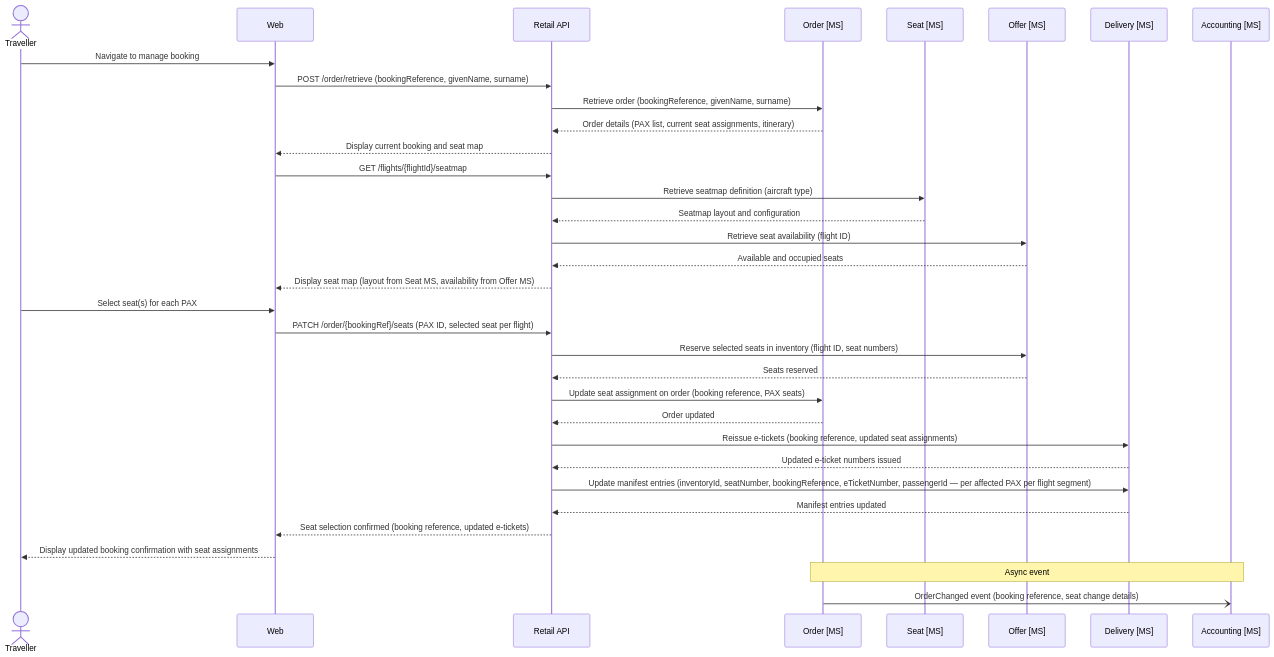
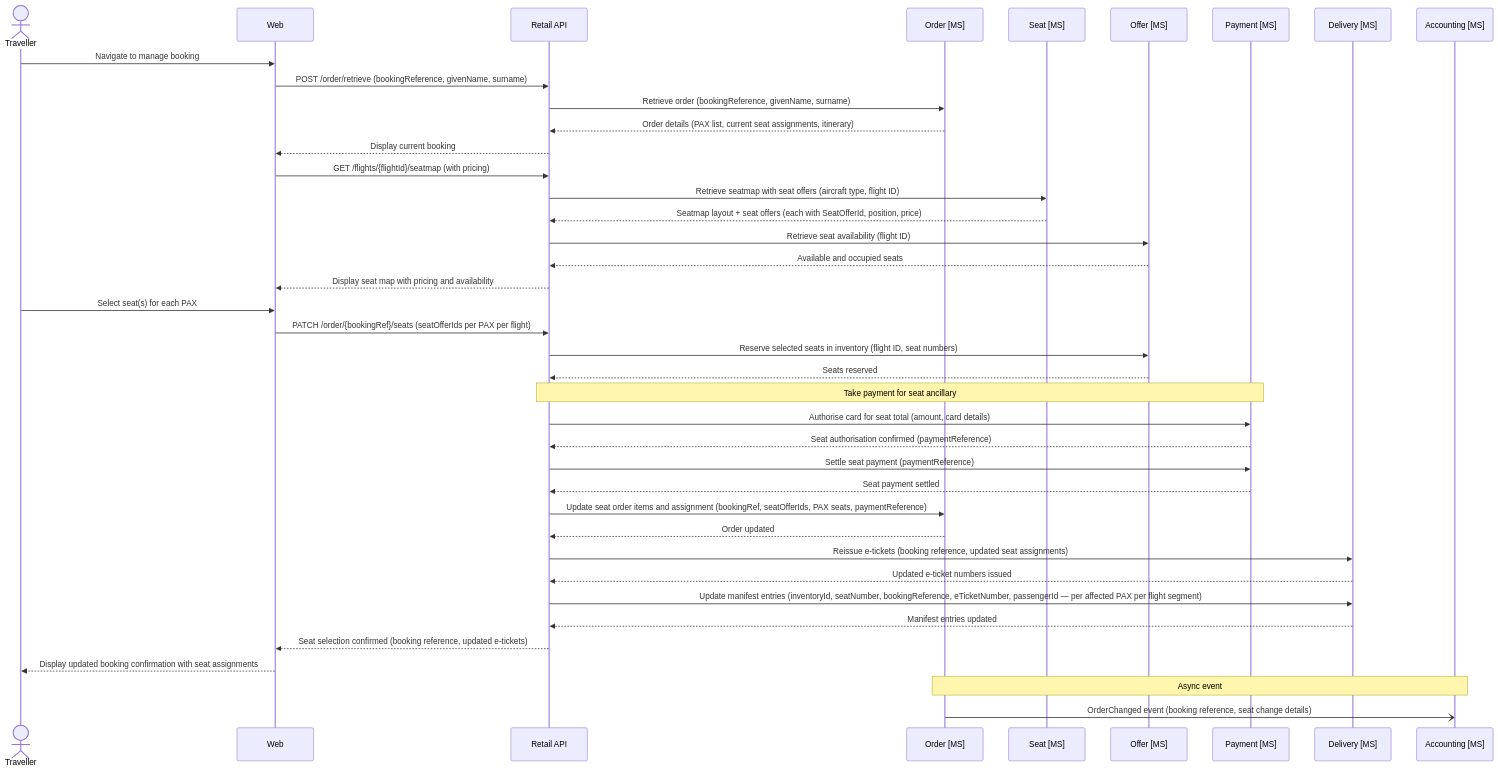
The fifth of 8 diagrams in architecture/design.md (sebharvey/airline-reservation-system), drawn with Mermaid before and after one commit. The commit also changed other lines of this file, not shown here.

First line of the commit message:
Enhance payment and seat management descriptions

````diff
--- a/architecture/design.md
+++ b/architecture/design.md
@@ -534,47 +598,54 @@
 ```mermaid
 sequenceDiagram
     actor Traveller
     participant Web
     participant RetailAPI as Retail API
     participant OrderMS as Order [MS]
     participant SeatMS as Seat [MS]
     participant OfferMS as Offer [MS]
+    participant PaymentMS as Payment [MS]
     participant DeliveryMS as Delivery [MS]
     participant AccountingMS as Accounting [MS]
 
     Traveller->>Web: Navigate to manage booking
 
     Web->>RetailAPI: POST /order/retrieve (bookingReference, givenName, surname)
     RetailAPI->>OrderMS: Retrieve order (bookingReference, givenName, surname)
     OrderMS-->>RetailAPI: Order details (PAX list, current seat assignments, itinerary)
-    RetailAPI-->>Web: Display current booking and seat map
+    RetailAPI-->>Web: Display current booking
 
-    Web->>RetailAPI: GET /flights/{flightId}/seatmap
-    RetailAPI->>SeatMS: Retrieve seatmap definition (aircraft type)
-    SeatMS-->>RetailAPI: Seatmap layout and configuration
+    Web->>RetailAPI: GET /flights/{flightId}/seatmap (with pricing)
+    RetailAPI->>SeatMS: Retrieve seatmap with seat offers (aircraft type, flight ID)
+    SeatMS-->>RetailAPI: Seatmap layout + seat offers (each with SeatOfferId, position, price)
     RetailAPI->>OfferMS: Retrieve seat availability (flight ID)
     OfferMS-->>RetailAPI: Available and occupied seats
-    RetailAPI-->>Web: Display seat map (layout from Seat MS, availability from Offer MS)
+    RetailAPI-->>Web: Display seat map with pricing and availability
 
     Traveller->>Web: Select seat(s) for each PAX
 
-    Web->>RetailAPI: PATCH /order/{bookingRef}/seats (PAX ID, selected seat per flight)
+    Web->>RetailAPI: PATCH /order/{bookingRef}/seats (seatOfferIds per PAX per flight)
 
     RetailAPI->>OfferMS: Reserve selected seats in inventory (flight ID, seat numbers)
     OfferMS-->>RetailAPI: Seats reserved
 
-    RetailAPI->>OrderMS: Update seat assignment on order (booking reference, PAX seats)
+    Note over RetailAPI, PaymentMS: Take payment for seat ancillary
+    RetailAPI->>PaymentMS: Authorise card for seat total (amount, card details)
+    PaymentMS-->>RetailAPI: Seat authorisation confirmed (paymentReference)
+    RetailAPI->>PaymentMS: Settle seat payment (paymentReference)
+    PaymentMS-->>RetailAPI: Seat payment settled
+
+    RetailAPI->>OrderMS: Update seat order items and assignment (bookingRef, seatOfferIds, PAX seats, paymentReference)
     OrderMS-->>RetailAPI: Order updated
 
     RetailAPI->>DeliveryMS: Reissue e-tickets (booking reference, updated seat assignments)
     DeliveryMS-->>RetailAPI: Updated e-ticket numbers issued
 
     RetailAPI->>DeliveryMS: Update manifest entries (inventoryId, seatNumber, bookingReference, eTicketNumber, passengerId — per affected PAX per flight segment)
     DeliveryMS-->>RetailAPI: Manifest entries updated
 
     RetailAPI-->>Web: Seat selection confirmed (booking reference, updated e-tickets)
     Web-->>Traveller: Display updated booking confirmation with seat assignments
 
     Note over OrderMS, AccountingMS: Async event
     OrderMS-)AccountingMS: OrderChanged event (booking reference, seat change details)
 ```
````
